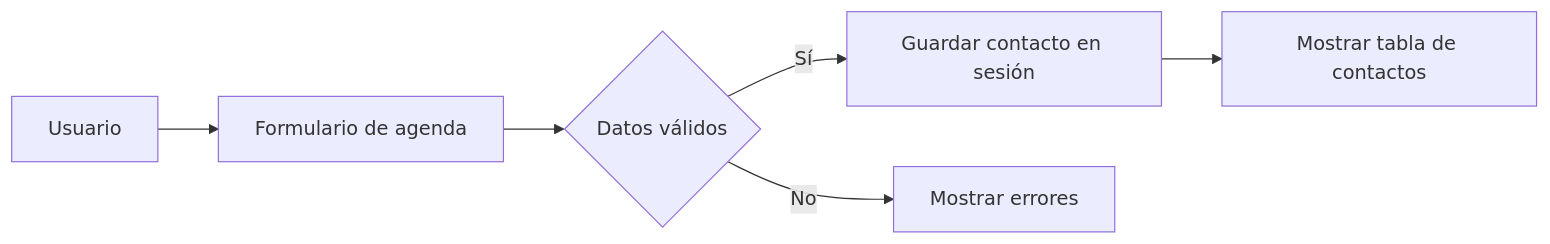
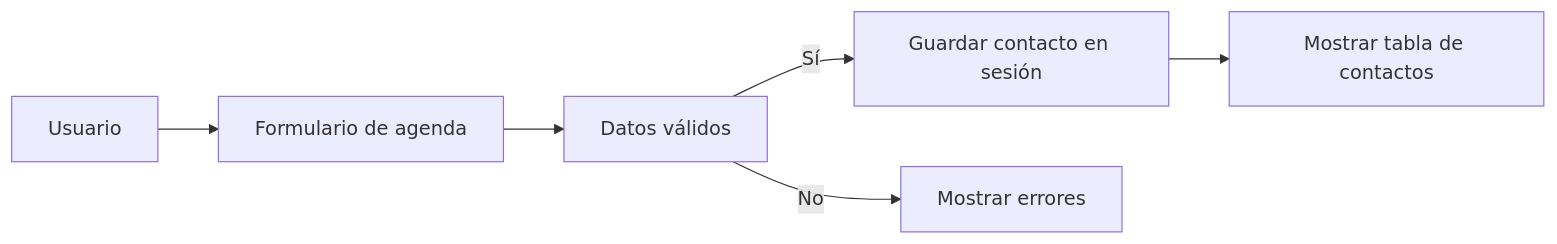
Before and after one commit to govedev/entorno-tarea-markdown: the diagram in README.md, drawn with Mermaid. The commit also changed other lines of this file, not shown here.

````diff
--- a/README.md
+++ b/README.md
@@ -69,8 +64,8 @@
 ```mermaid
 flowchart LR
     A[Usuario] --> B[Formulario de agenda]
-    B --> C{Datos válidos}
+    B --> C[Datos válidos]
     C -->|Sí| D[Guardar contacto en sesión]
     D --> E[Mostrar tabla de contactos]
     C -->|No| F[Mostrar errores]
 ```
````
